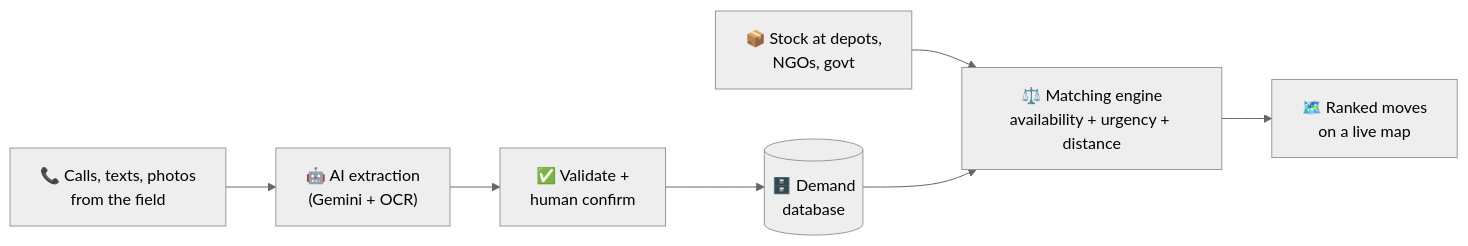
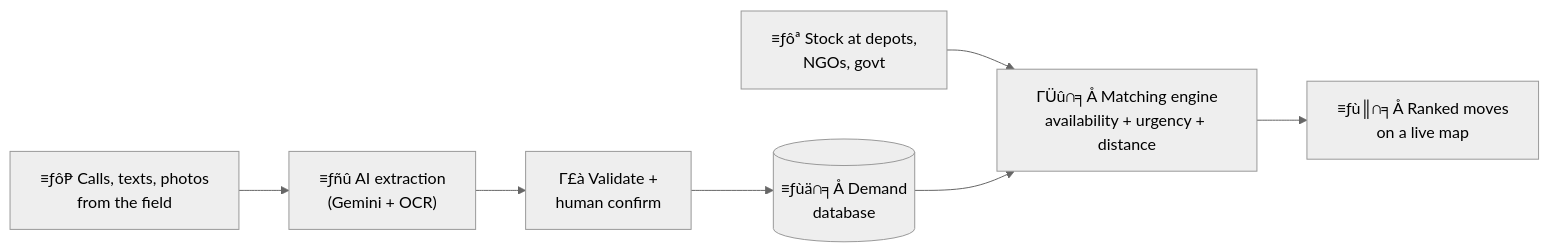
Before and after one commit to ridhimagogia/ReliefOS: the diagram in README.md, drawn with Mermaid (neutral theme). The commit also changed other lines of this file, not shown here.

````diff
--- a/README.md
+++ b/README.md
@@ -47,9 +31,9 @@
 ```mermaid
 flowchart LR
-    A["📞 Calls, texts, photos<br/>from the field"] --> B["🤖 AI extraction<br/>(Gemini + OCR)"]
-    B --> C["✅ Validate +<br/>human confirm"]
-    C --> D[("🗄️ Demand<br/>database")]
-    S["📦 Stock at depots,<br/>NGOs, govt"] --> E
-    D --> E["⚖️ Matching engine<br/>availability + urgency + distance"]
-    E --> F["🗺️ Ranked moves<br/>on a live map"]
+    A["≡ƒô₧ Calls, texts, photos<br/>from the field"] --> B["≡ƒñû AI extraction<br/>(Gemini + OCR)"]
+    B --> C["Γ£à Validate +<br/>human confirm"]
+    C --> D[("≡ƒùä∩╕Å Demand<br/>database")]
+    S["≡ƒôª Stock at depots,<br/>NGOs, govt"] --> E
+    D --> E["ΓÜû∩╕Å Matching engine<br/>availability + urgency + distance"]
+    E --> F["≡ƒù║∩╕Å Ranked moves<br/>on a live map"]
 ```
````
